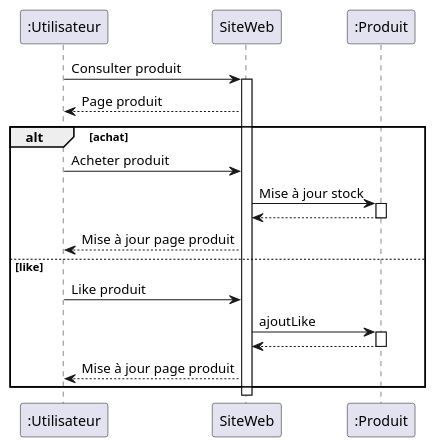
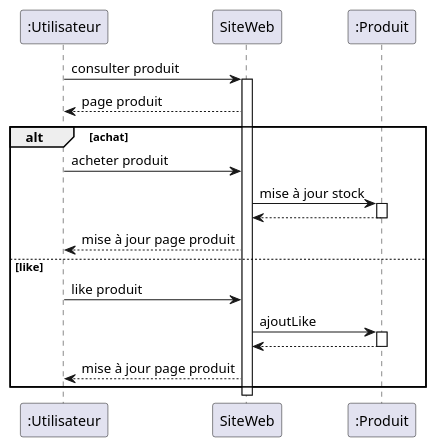
One commit to hurtcraft/ProjetUML changed the diagram in Sequence/Utilisateur/Action_produit.wsd. Above: the diagram before and after it, drawn with PlantUML. The commit also changed 11 other files, not shown here.

Commit message:
sequence diagram v2

```diff
--- a/Sequence/Utilisateur/Action_produit.wsd
+++ b/Sequence/Utilisateur/Action_produit.wsd
@@ -1,22 +1,22 @@
 @startuml Action produit utilisateur
 
-":Utilisateur" -> SiteWeb: Consulter produit
+":Utilisateur" -> SiteWeb: consulter produit
 activate SiteWeb
 
-SiteWeb --> ":Utilisateur": Page produit
+SiteWeb --> ":Utilisateur": page produit
 
 alt achat
-":Utilisateur" -> SiteWeb: Acheter produit
-SiteWeb -> ":Produit": Mise à jour stock
+":Utilisateur" -> SiteWeb: acheter produit
+SiteWeb -> ":Produit": mise à jour stock
 activate ":Produit"
 return
-SiteWeb --> ":Utilisateur": Mise à jour page produit
+SiteWeb --> ":Utilisateur": mise à jour page produit
 else like
-":Utilisateur" -> SiteWeb: Like produit
+":Utilisateur" -> SiteWeb: like produit
 SiteWeb -> ":Produit": ajoutLike
 activate ":Produit"
 return
-SiteWeb --> ":Utilisateur": Mise à jour page produit
+SiteWeb --> ":Utilisateur": mise à jour page produit
 end
 
 @enduml
```
